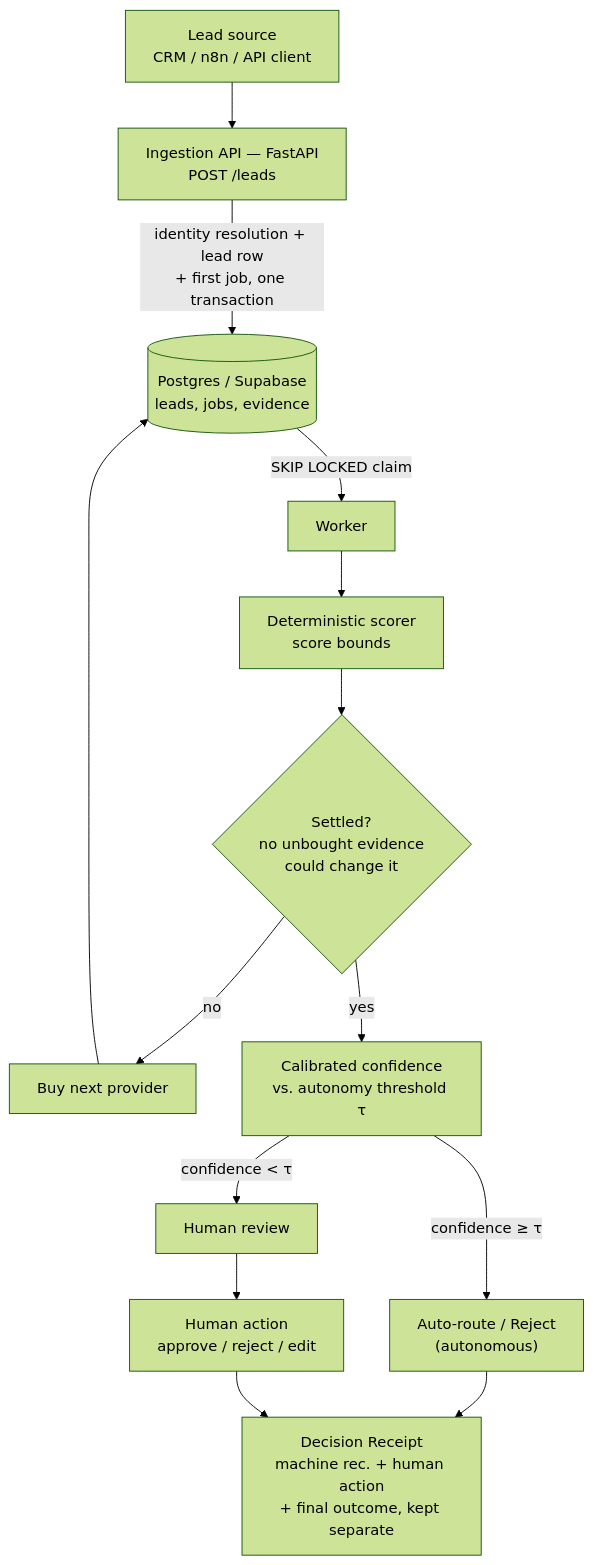
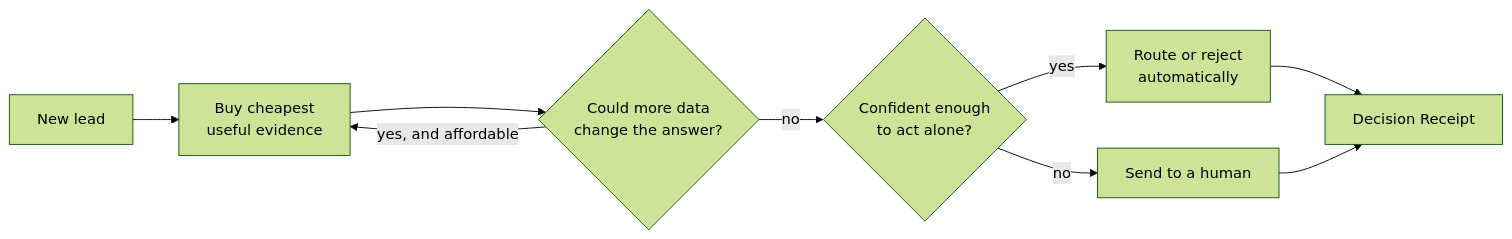
The first of 2 diagrams in README.md (Tejesh080/arie-b2b-enrichment-engine), drawn with Mermaid (forest theme) before and after one commit. The commit also changed other lines of this file and 52 other files, not shown here.

````diff
--- a/README.md
+++ b/README.md
@@ -110,16 +40,11 @@
 ```mermaid
-flowchart TD
-    A["Lead source<br/>CRM / n8n / API client"] --> B["Ingestion API — FastAPI<br/>POST /leads"]
-    B -->|"identity resolution + lead row<br/>+ first job, one transaction"| C[("Postgres / Supabase<br/>leads, jobs, evidence")]
-    C -->|"SKIP LOCKED claim"| D["Worker"]
-    D --> E["Deterministic scorer<br/>score bounds"]
-    E --> F{"Settled?<br/>no unbought evidence<br/>could change it"}
-    F -->|no| G["Buy next provider"]
-    G --> C
-    F -->|yes| H["Calibrated confidence<br/>vs. autonomy threshold τ"]
-    H -->|"confidence ≥ τ"| I["Auto-route / Reject<br/>(autonomous)"]
-    H -->|"confidence < τ"| J["Human review"]
-    J --> K["Human action<br/>approve / reject / edit"]
-    I --> L["Decision Receipt<br/>machine rec. + human action<br/>+ final outcome, kept separate"]
-    K --> L
+flowchart LR
+    A["New lead"] --> B["Buy cheapest<br/>useful evidence"]
+    B --> C{"Could more data<br/>change the answer?"}
+    C -->|yes, and affordable| B
+    C -->|no| D{"Confident enough<br/>to act alone?"}
+    D -->|yes| E["Route or reject<br/>automatically"]
+    D -->|no| F["Send to a human"]
+    E --> G["Decision Receipt"]
+    F --> G
 ```
````
